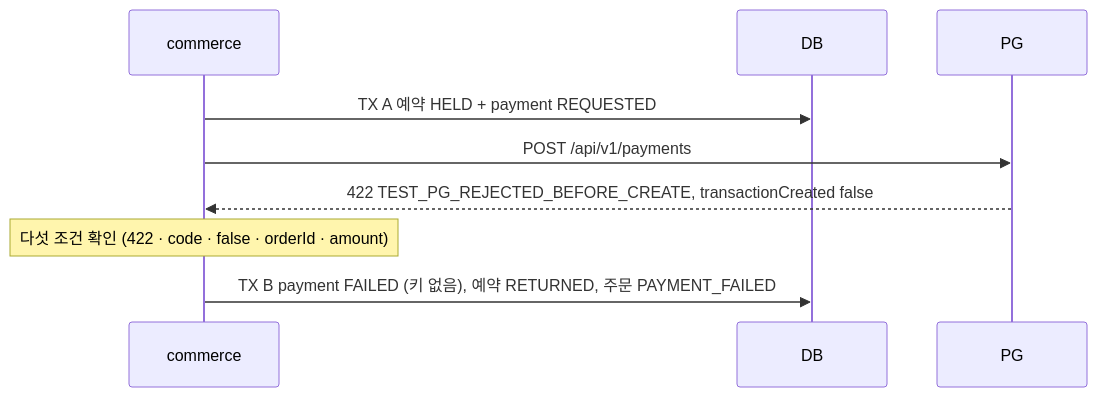
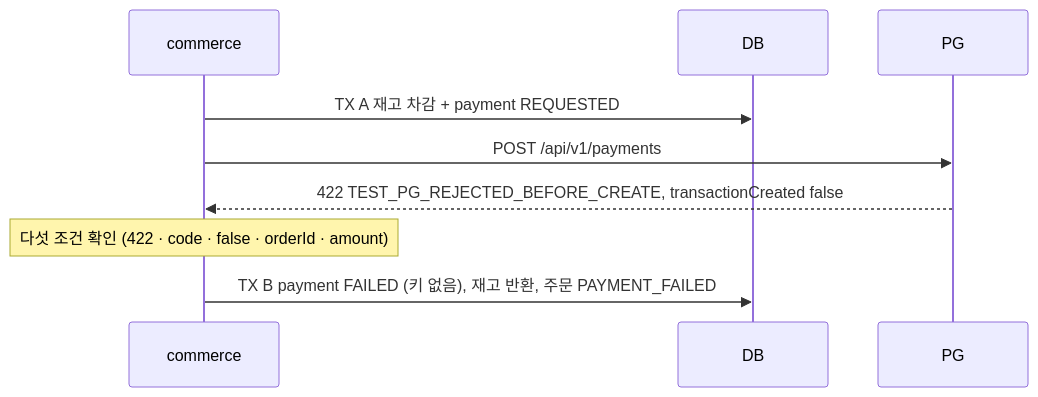
The third of 8 diagrams in docs/week5/design.md (loopers-labs/loop-pack-be-l2-vol5-java), drawn with Mermaid before and after one commit. The commit also changed other lines of this file and 1 other file, not shown here.

Commit message:
docs: 재고 예약을 테이블로 두지 않는다 — 수량은 order_item, 상태는 payment.status 가 이미 담는다

````diff
--- a/docs/week5/design.md
+++ b/docs/week5/design.md
@@ -279,11 +293,11 @@
 ```mermaid
 sequenceDiagram
     participant A as commerce
     participant DB
     participant PG
-    A->>DB: TX A 예약 HELD + payment REQUESTED
+    A->>DB: TX A 재고 차감 + payment REQUESTED
     A->>PG: POST /api/v1/payments
     PG-->>A: 422 TEST_PG_REJECTED_BEFORE_CREATE, transactionCreated false
     Note over A: 다섯 조건 확인 (422 · code · false · orderId · amount)
-    A->>DB: TX B payment FAILED (키 없음), 예약 RETURNED, 주문 PAYMENT_FAILED
+    A->>DB: TX B payment FAILED (키 없음), 재고 반환, 주문 PAYMENT_FAILED
 ```
````
